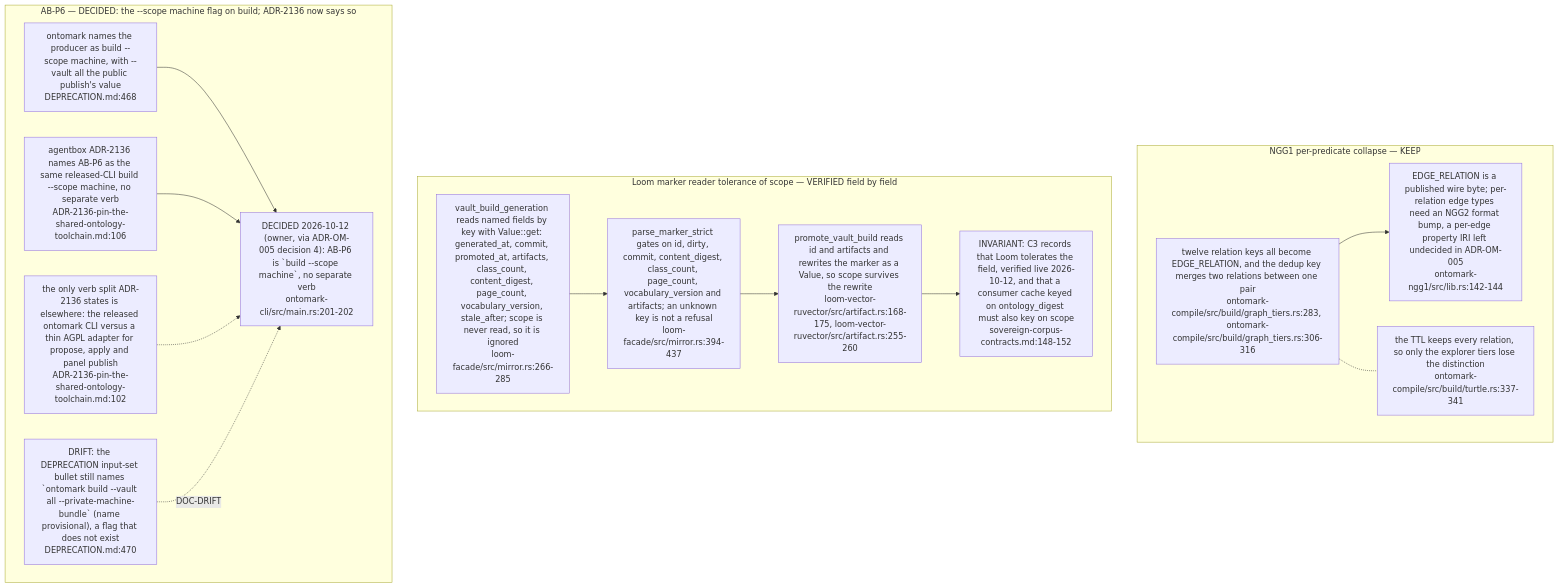
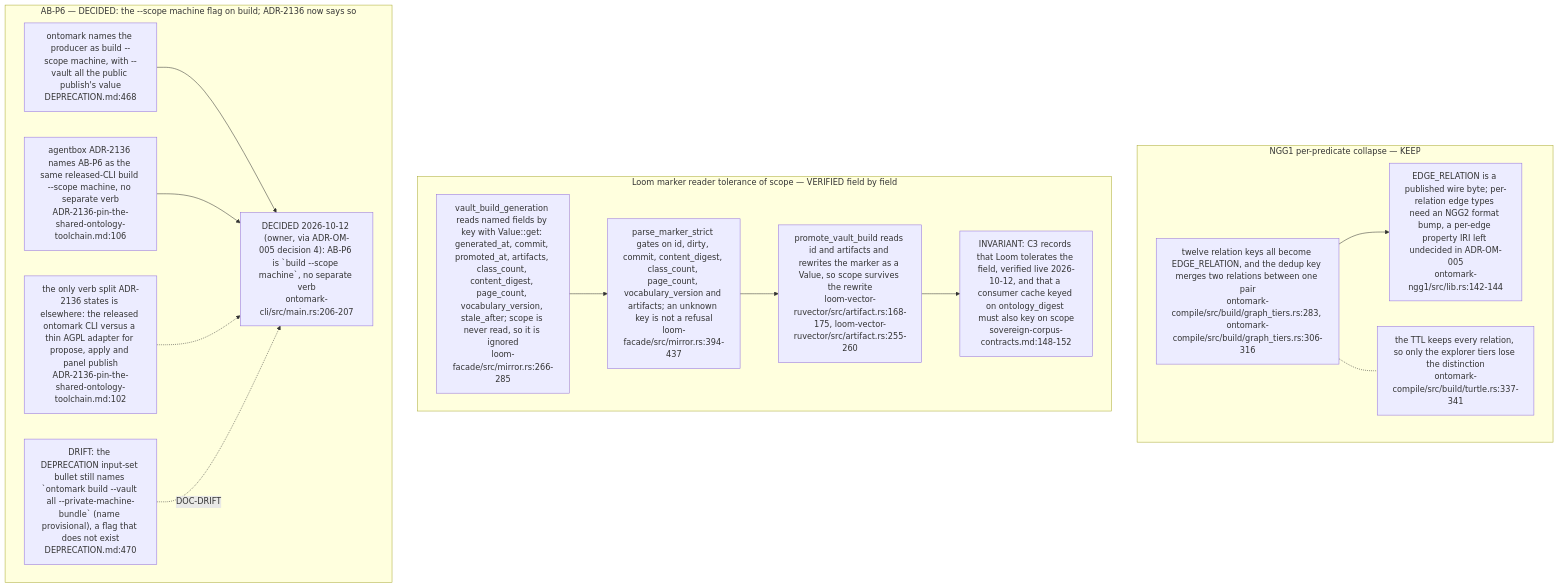
The fifth of 5 diagrams in docs/diagrams/ontomark/06-machine-scope-and-ingest-contract.md (DreamLab-AI/VisionFlow), drawn with Mermaid before and after one commit. The commit also changed other lines of this file and 59 other files, not shown here.

First line of the commit message:
docs(diagrams): re-derive and re-stamp forum, website, pod, ontomark and sealmap topics

````diff
--- a/docs/diagrams/ontomark/06-machine-scope-and-ingest-contract.md
+++ b/docs/diagrams/ontomark/06-machine-scope-and-ingest-contract.md
@@ -166,28 +166,28 @@
 ```mermaid
 flowchart TB
     subgraph NGG["NGG1 per-predicate collapse — KEEP"]
         N1["twelve relation keys all become EDGE_RELATION, and the dedup key merges two relations between one pair<br/>ontomark-compile/src/build/graph_tiers.rs:283, ontomark-compile/src/build/graph_tiers.rs:306-316"]
         N2["EDGE_RELATION is a published wire byte; per-relation edge types need an NGG2 format bump, a per-edge property IRI left undecided in ADR-OM-005<br/>ontomark-ngg1/src/lib.rs:142-144"]
         N3["the TTL keeps every relation, so only the explorer tiers lose the distinction<br/>ontomark-compile/src/build/turtle.rs:337-341"]
         N1 --> N2
         N1 -.- N3
     end
     subgraph LOOMR["Loom marker reader tolerance of scope — VERIFIED field by field"]
         L1["vault_build_generation reads named fields by key with Value::get: generated_at, commit, promoted_at, artifacts, class_count, content_digest, page_count, vocabulary_version, stale_after; scope is never read, so it is ignored<br/>loom-facade/src/mirror.rs:266-285"]
         L2["parse_marker_strict gates on id, dirty, commit, content_digest, class_count, page_count, vocabulary_version and artifacts; an unknown key is not a refusal<br/>loom-facade/src/mirror.rs:394-437"]
         L3["promote_vault_build reads id and artifacts and rewrites the marker as a Value, so scope survives the rewrite<br/>loom-vector-ruvector/src/artifact.rs:168-175, loom-vector-ruvector/src/artifact.rs:255-260"]
         L4["INVARIANT: C3 records that Loom tolerates the field, verified live 2026-10-12, and that a consumer cache keyed on ontology_digest must also key on scope<br/>sovereign-corpus-contracts.md:148-152"]
         L1 --> L2 --> L3 --> L4
     end
     subgraph ABP6["AB-P6 — DECIDED: the --scope machine flag on build; ADR-2136 now says so"]
         A1["ontomark names the producer as build --scope machine, with --vault all the public publish's value<br/>DEPRECATION.md:468"]
         A2["agentbox ADR-2136 names AB-P6 as the same released-CLI build --scope machine, no separate verb<br/>ADR-2136-pin-the-shared-ontology-toolchain.md:106"]
         A3["the only verb split ADR-2136 states is elsewhere: the released ontomark CLI versus a thin AGPL adapter for propose, apply and panel publish<br/>ADR-2136-pin-the-shared-ontology-toolchain.md:102"]
-        A4["DECIDED 2026-10-12 (owner, via ADR-OM-005 decision 4): AB-P6 is `build --scope machine`, no separate verb<br/>ontomark-cli/src/main.rs:201-202"]
+        A4["DECIDED 2026-10-12 (owner, via ADR-OM-005 decision 4): AB-P6 is `build --scope machine`, no separate verb<br/>ontomark-cli/src/main.rs:206-207"]
         A5["DRIFT: the DEPRECATION input-set bullet still names `ontomark build --vault all --private-machine-bundle` (name provisional), a flag that does not exist<br/>DEPRECATION.md:470"]
         A1 --> A4
         A2 --> A4
         A3 -.-> A4
         A5 -.->|DOC-DRIFT| A4
     end
 ```
````
